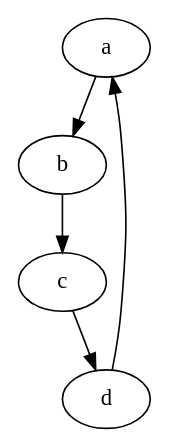
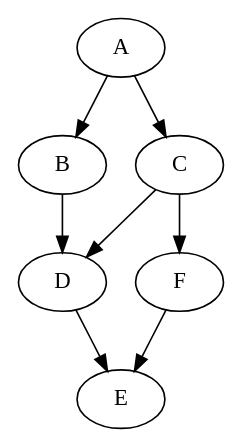
The diagram in src/main/resources/input.dot (BrazilDre/Graph-Search-Algorithm-Suite-), drawn with Graphviz before and after one commit. The commit also changed 8 other files, not shown here.

Commit message:
Add implementation for graph search

```diff
--- a/src/main/resources/input.dot
+++ b/src/main/resources/input.dot
@@ -1,6 +1,9 @@
-digraph {
-  a -> b;
-  b -> c;
-  c -> d;
-  d -> a;
+digraph G {
+    A -> B;
+    A -> C;
+    B -> D;
+    C -> D;
+    D -> E;
+    C -> F;
+    F -> E;
 }
```
